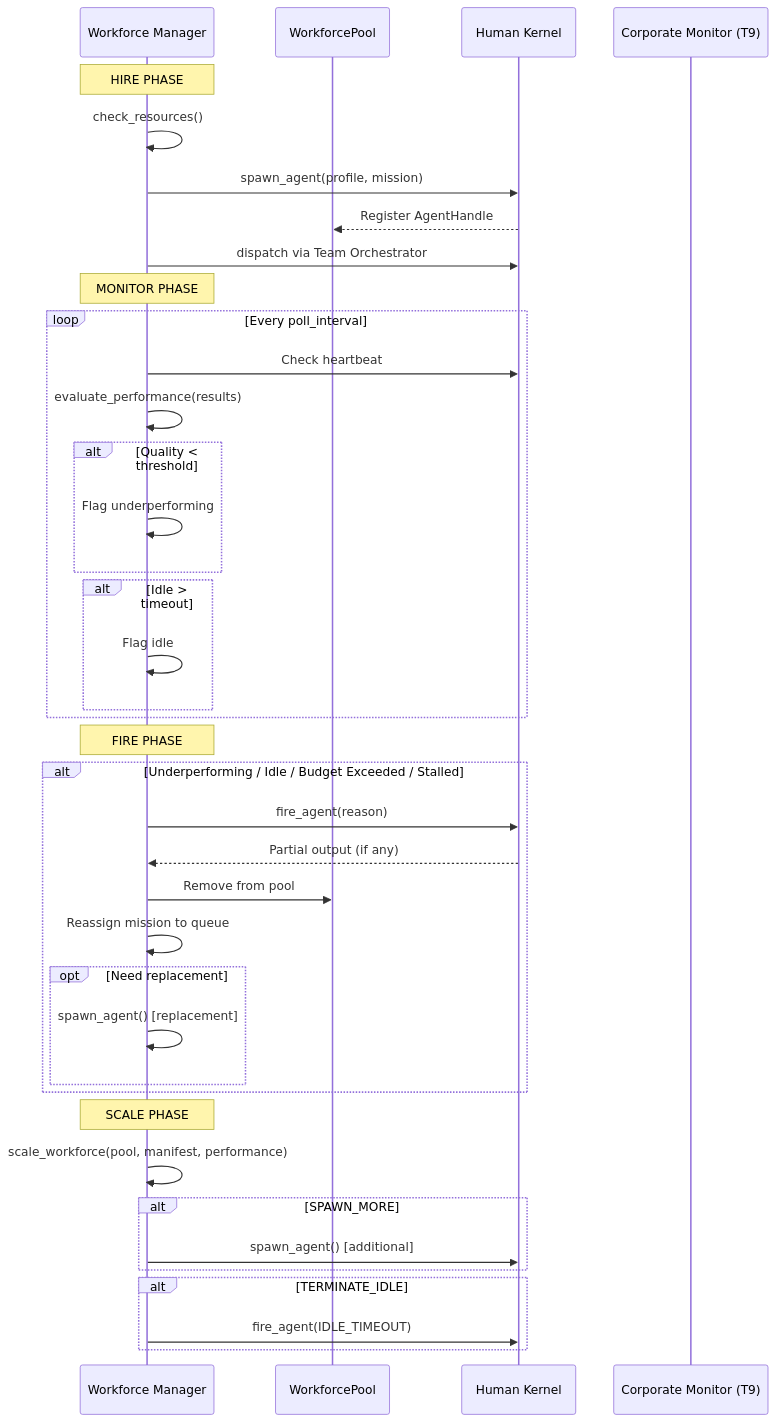
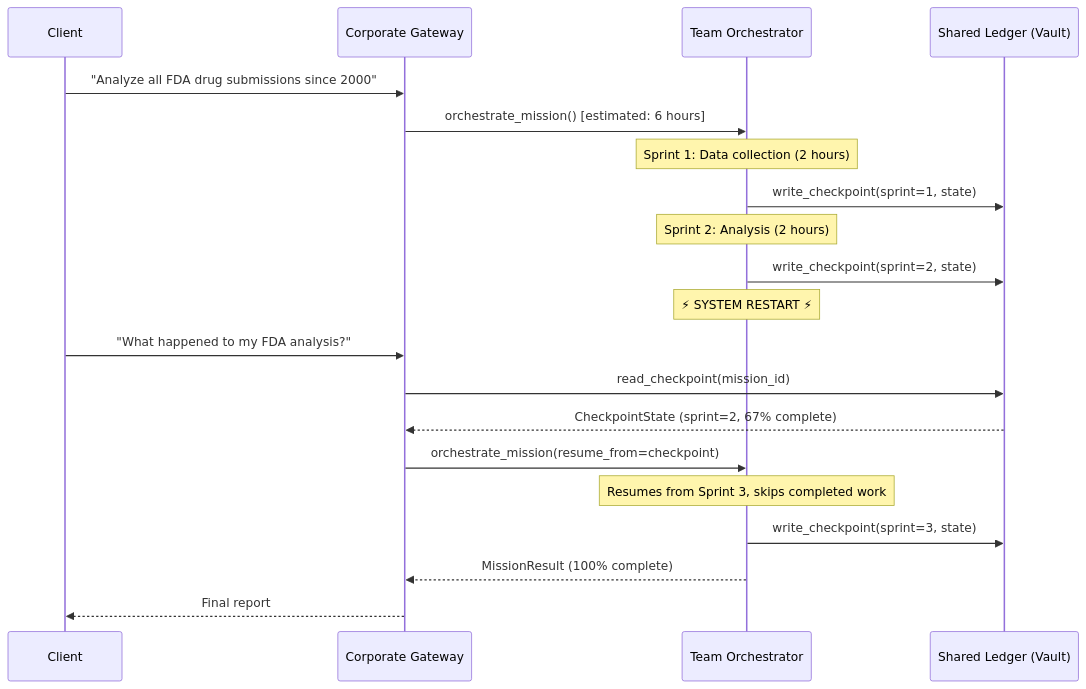
The fifth of 5 diagrams in redesign/tier_8_architecture.md (azzindani/Kea), drawn with Mermaid before and after one commit. The commit also changed other lines of this file and 1 other file, not shown here.

First line of the commit message:
refactor: consolidate Corporation Kernel from 11 to 5 modules via lower-tier composition

````diff
--- a/redesign/tier_8_architecture.md
+++ b/redesign/tier_8_architecture.md
@@ -1079,45 +831,27 @@
 ```mermaid
 sequenceDiagram
-    participant WM as Workforce Manager
-    participant Pool as WorkforcePool
-    participant Agent as Human Kernel
-    participant Monitor as Corporate Monitor (T9)
+    participant Client
+    participant Gateway as Corporate Gateway
+    participant TO as Team Orchestrator
+    participant SL as Shared Ledger (Vault)
 
-    Note over WM: HIRE PHASE
-    WM->>WM: check_resources()
-    WM->>Agent: spawn_agent(profile, mission)
-    Agent-->>Pool: Register AgentHandle
-    WM->>Agent: dispatch via Team Orchestrator
+    Client->>Gateway: "Analyze all FDA drug submissions since 2000"
+    Gateway->>TO: orchestrate_mission() [estimated: 6 hours]
 
-    Note over WM: MONITOR PHASE
-    loop Every poll_interval
-        WM->>Agent: Check heartbeat
-        WM->>WM: evaluate_performance(results)
-        alt Quality < threshold
-            WM->>WM: Flag underperforming
-        end
-        alt Idle > timeout
-            WM->>WM: Flag idle
-        end
-    end
+    Note over TO: Sprint 1: Data collection (2 hours)
+    TO->>SL: write_checkpoint(sprint=1, state)
+    Note over TO: Sprint 2: Analysis (2 hours)
+    TO->>SL: write_checkpoint(sprint=2, state)
 
-    Note over WM: FIRE PHASE
-    alt Underperforming / Idle / Budget Exceeded / Stalled
-        WM->>Agent: fire_agent(reason)
-        Agent-->>WM: Partial output (if any)
-        WM->>Pool: Remove from pool
-        WM->>WM: Reassign mission to queue
-        opt Need replacement
-            WM->>WM: spawn_agent() [replacement]
-        end
-    end
+    Note over TO: ⚡ SYSTEM RESTART ⚡
 
-    Note over WM: SCALE PHASE
-    WM->>WM: scale_workforce(pool, manifest, performance)
-    alt SPAWN_MORE
-        WM->>Agent: spawn_agent() [additional]
-    end
-    alt TERMINATE_IDLE
-        WM->>Agent: fire_agent(IDLE_TIMEOUT)
-    end
+    Client->>Gateway: "What happened to my FDA analysis?"
+    Gateway->>SL: read_checkpoint(mission_id)
+    SL-->>Gateway: CheckpointState (sprint=2, 67% complete)
+    Gateway->>TO: orchestrate_mission(resume_from=checkpoint)
+    Note over TO: Resumes from Sprint 3, skips completed work
+
+    TO->>SL: write_checkpoint(sprint=3, state)
+    TO-->>Gateway: MissionResult (100% complete)
+    Gateway-->>Client: Final report
 ```
````
